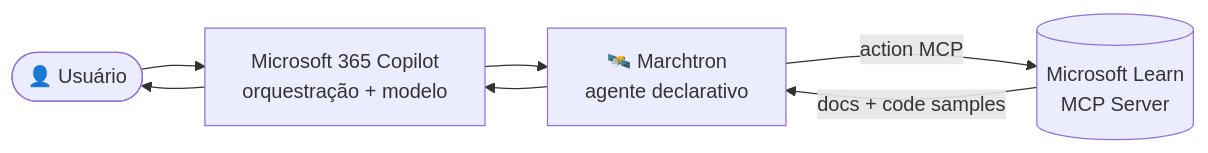
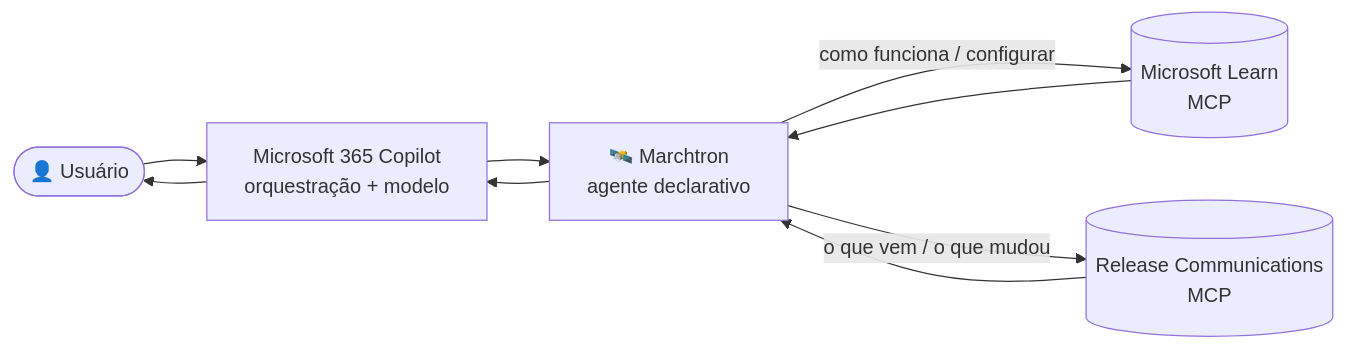
The diagram in README.md (Yan-Azevedo/Marchtron), drawn with Mermaid before and after one commit. The commit also changed other lines of this file and 1 other file, not shown here.

Commit message:
feat: adiciona imagem do Marchtron ao repositório

````diff
--- a/README.md
+++ b/README.md
@@ -65,9 +69,11 @@
 ```mermaid
 flowchart LR
-	U([👤 Usuário]) --> C[Microsoft 365 Copilot<br/>orquestração + modelo]
-	C --> M[🛰️ Marchtron<br/>agente declarativo]
-	M -->|action MCP| L[(Microsoft Learn<br/>MCP Server)]
-	L -->|docs + code samples| M
-	M --> C
-	C --> U
+    U([👤 Usuário]) --> C[Microsoft 365 Copilot<br/>orquestração + modelo]
+    C --> M[🛰️ Marchtron<br/>agente declarativo]
+    M -->|como funciona / configurar| L[(Microsoft Learn<br/>MCP)]
+    M -->|o que vem / o que mudou| R[(Release Communications<br/>MCP)]
+    L --> M
+    R --> M
+    M --> C
+    C --> U
 ```
````
